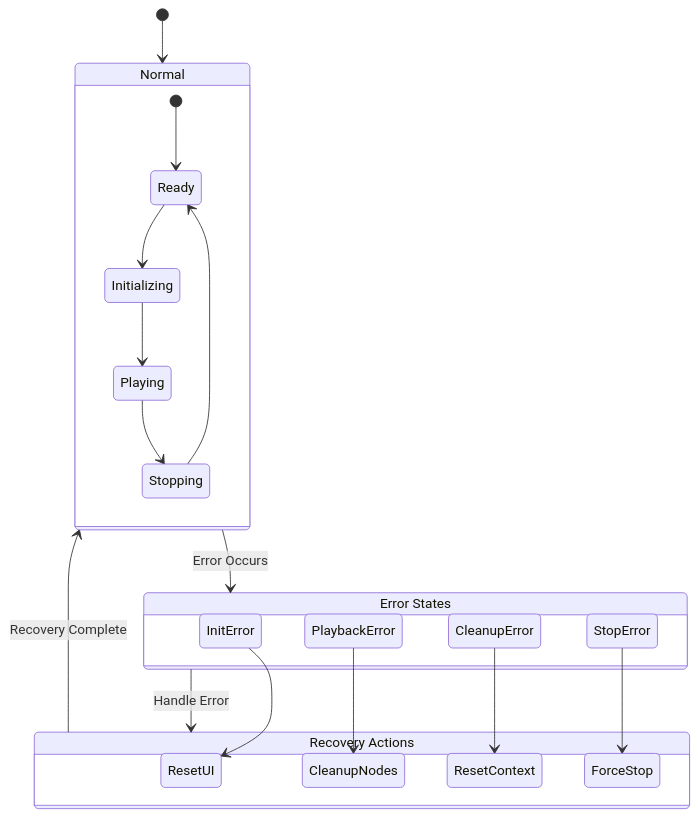
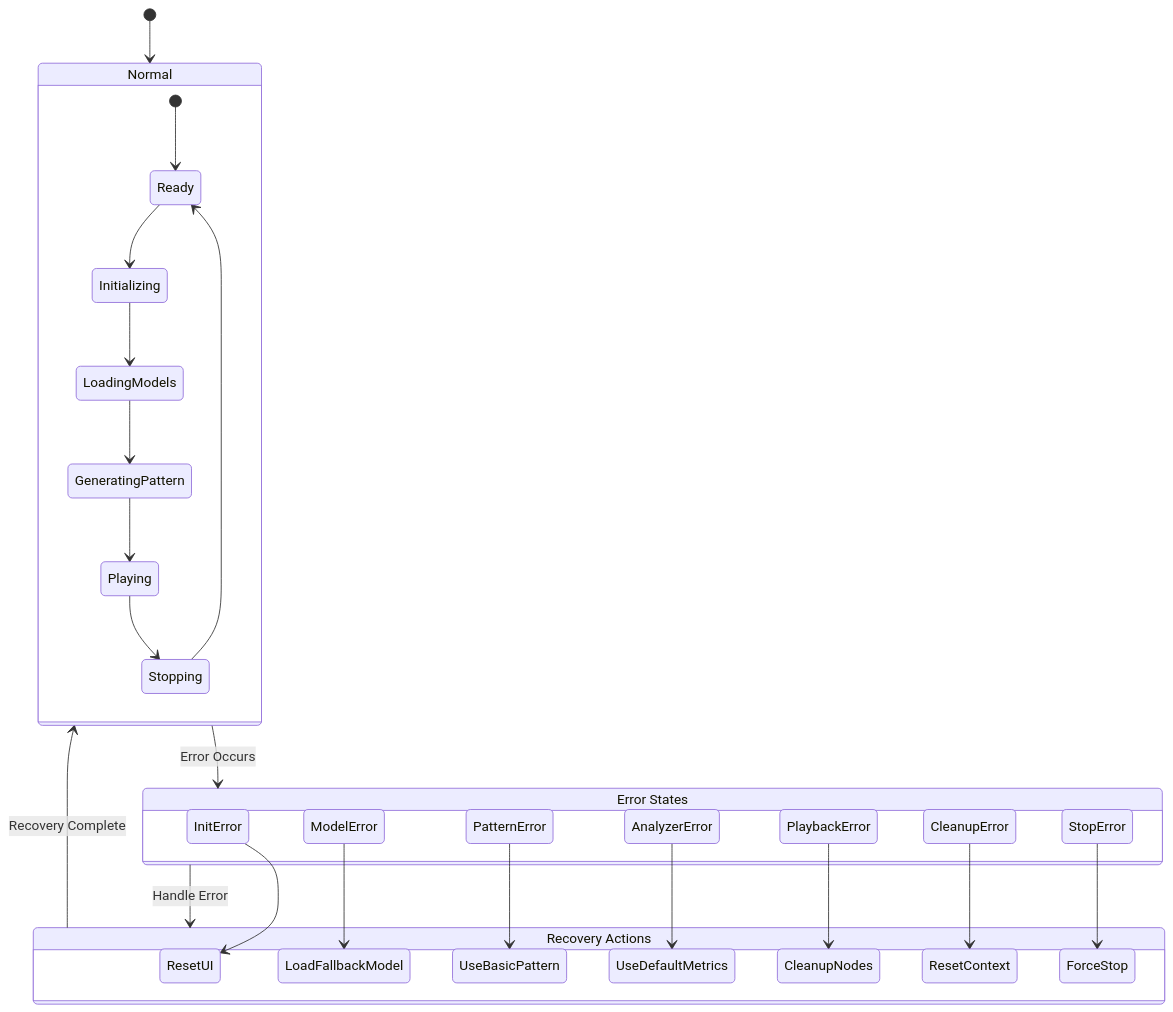
The second of 3 diagrams in diagrams/error-handling-flow.md (mgantlett/audio-viz), drawn with Mermaid before and after one commit. The commit also changed other lines of this file and 9 other files, not shown here.

````diff
--- a/diagrams/error-handling-flow.md
+++ b/diagrams/error-handling-flow.md
@@ -86,35 +105,46 @@
 ```mermaid
 stateDiagram-v2
     [*] --> Normal
     
     state Normal {
         [*] --> Ready
         Ready --> Initializing
-        Initializing --> Playing
+        Initializing --> LoadingModels
+        LoadingModels --> GeneratingPattern
+        GeneratingPattern --> Playing
         Playing --> Stopping
         Stopping --> Ready
     }
     
     state "Error States" as ES {
         InitError
+        ModelError
+        PatternError
+        AnalyzerError
         PlaybackError
         StopError
         CleanupError
     }
     
     state "Recovery Actions" as RA {
         ResetUI
+        LoadFallbackModel
+        UseBasicPattern
+        UseDefaultMetrics
         CleanupNodes
         ResetContext
         ForceStop
     }
 
     Normal --> ES: Error Occurs
     ES --> RA: Handle Error
     RA --> Normal: Recovery Complete
 
     InitError --> ResetUI
+    ModelError --> LoadFallbackModel
+    PatternError --> UseBasicPattern
+    AnalyzerError --> UseDefaultMetrics
     PlaybackError --> CleanupNodes
     StopError --> ForceStop
     CleanupError --> ResetContext
 ```
````
